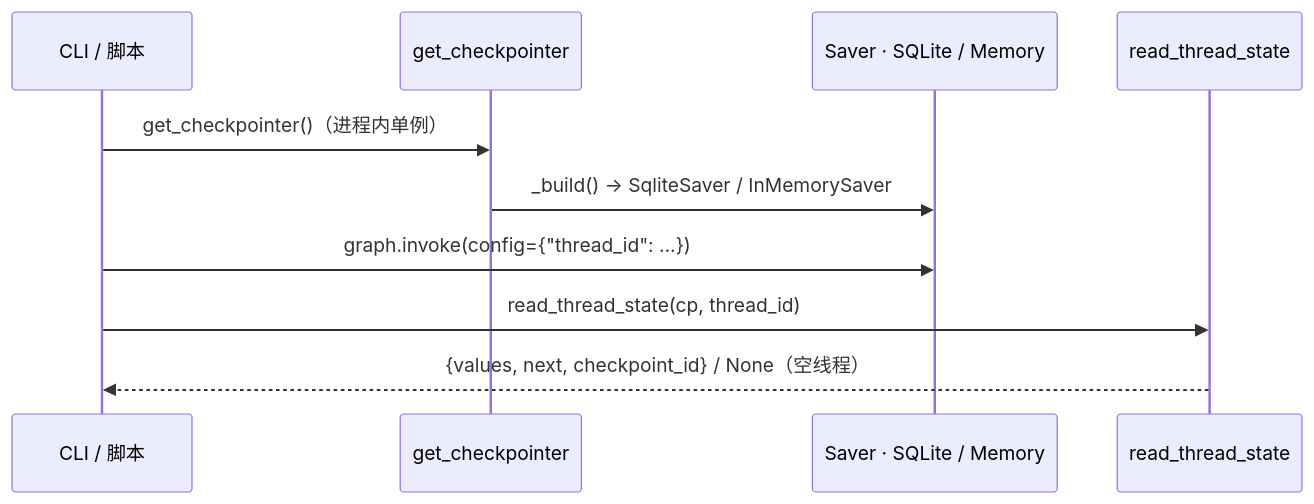
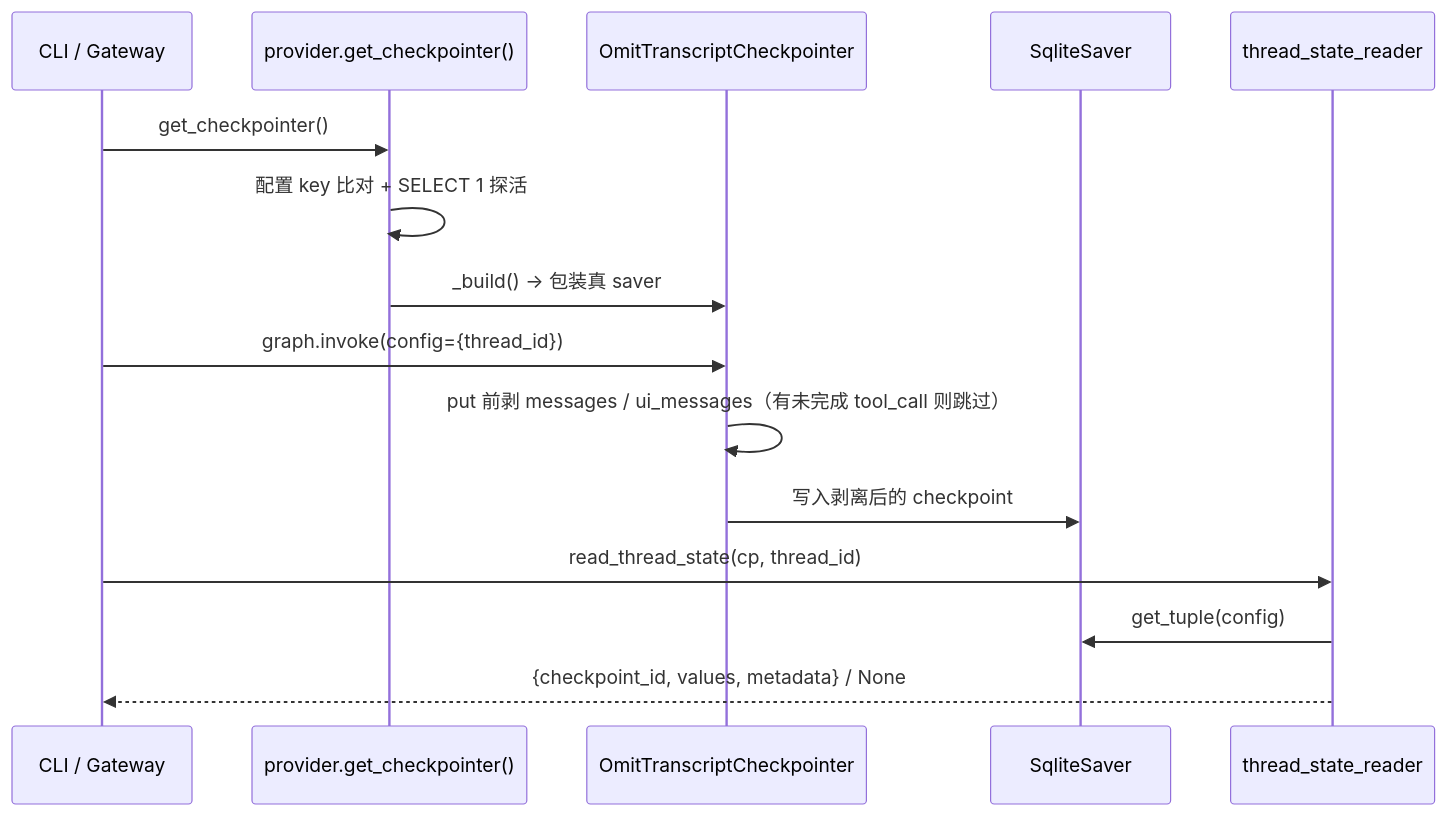
The diagram in work-agent-harness/doc/evoflow-学习规划/02-持久化与运行生命周期/01-检查点与线程恢复.md (G0-000/agent-book), drawn with Mermaid before and after one commit. The commit also changed other lines of this file and 4 other files, not shown here.

````diff
--- a/work-agent-harness/doc/evoflow-学习规划/02-持久化与运行生命周期/01-检查点与线程恢复.md
+++ b/work-agent-harness/doc/evoflow-学习规划/02-持久化与运行生命周期/01-检查点与线程恢复.md
@@ -32,12 +33,17 @@
 ```mermaid
 sequenceDiagram
-    participant C as CLI / 脚本
-    participant P as get_checkpointer
-    participant S as Saver · SQLite / Memory
-    participant R as read_thread_state
-    C->>P: get_checkpointer()（进程内单例）
-    P->>S: _build() → SqliteSaver / InMemorySaver
-    C->>S: graph.invoke(config={"thread_id": ...})
-    C->>R: read_thread_state(cp, thread_id)
-    R-->>C: {values, next, checkpoint_id} / None（空线程）
+    participant App as CLI / Gateway
+    participant P as provider.get_checkpointer()
+    participant W as OmitTranscriptCheckpointer
+    participant S as SqliteSaver
+    participant R as thread_state_reader
+    App->>P: get_checkpointer()
+    P->>P: 配置 key 比对 + SELECT 1 探活
+    P->>W: _build() → 包装真 saver
+    App->>W: graph.invoke(config={thread_id})
+    W->>W: put 前剥 messages / ui_messages（有未完成 tool_call 则跳过）
+    W->>S: 写入剥离后的 checkpoint
+    App->>R: read_thread_state(cp, thread_id)
+    R->>S: get_tuple(config)
+    R-->>App: {checkpoint_id, values, metadata} / None
 ```
````
